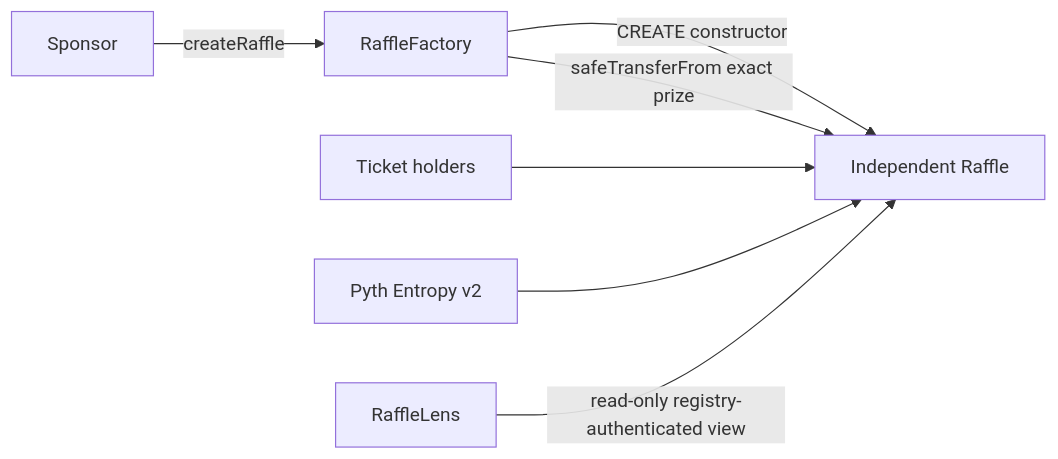
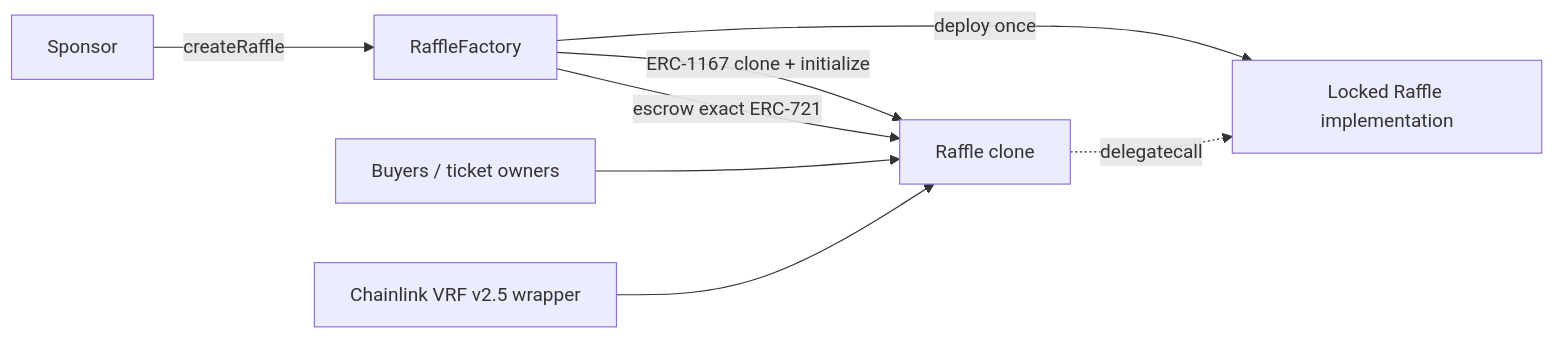
One commit to Heesho/raffle-fun changed the diagram in docs/ARCHITECTURE.md. Above: the diagram before and after it, drawn with Mermaid. The commit also changed other lines of this file and 153 other files, not shown here.

````diff
--- a/docs/ARCHITECTURE.md
+++ b/docs/ARCHITECTURE.md
@@ -5,9 +5,10 @@
 ```mermaid
 flowchart LR
-  S[Sponsor] -->|createRaffle| F[RaffleFactory]
-  F -->|CREATE constructor| R[Independent Raffle]
-  F -->|safeTransferFrom exact prize| R
-  U[Ticket holders] --> R
-  P[Pyth Entropy v2] --> R
-  L[RaffleLens] -->|read-only registry-authenticated view| R
+  S["Sponsor"] -->|"createRaffle"| F["RaffleFactory"]
+  F -->|"deploy once"| I["Locked Raffle implementation"]
+  F -->|"ERC-1167 clone + initialize"| R["Raffle clone"]
+  R -.->|"delegatecall"| I
+  F -->|"escrow exact ERC-721"| R
+  B["Buyers / ticket owners"] --> R
+  V["Chainlink VRF v2.5 wrapper"] --> R
 ```
````
